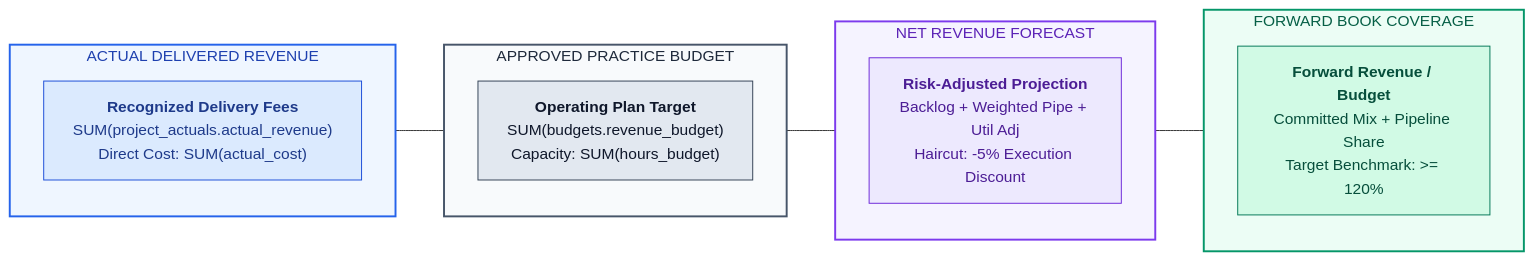
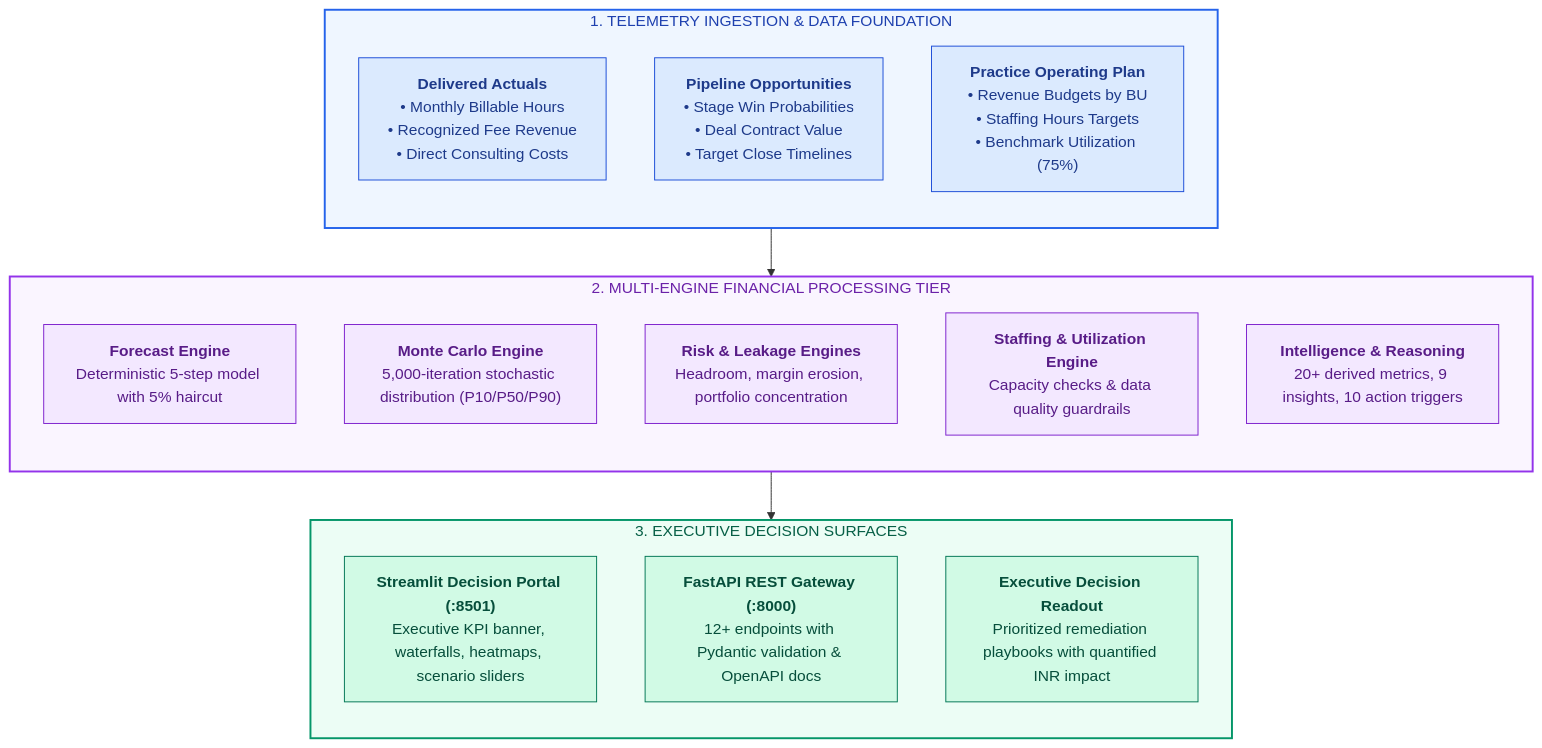
Before and after one commit to VED-VIVEK-TALMALEY/x-fin: the first of 9 diagrams in README.md, drawn with Mermaid. The commit also changed other lines of this file and 8 other files, not shown here.

````diff
--- a/README.md
+++ b/README.md
@@ -32,27 +19,45 @@
 ```mermaid
-flowchart LR
-    subgraph K1["ACTUAL DELIVERED REVENUE"]
-        M1["<b>Recognized Delivery Fees</b><br/>SUM(project_actuals.actual_revenue)<br/>Direct Cost: SUM(actual_cost)"]
-    end
-    subgraph K2["APPROVED PRACTICE BUDGET"]
-        M2["<b>Operating Plan Target</b><br/>SUM(budgets.revenue_budget)<br/>Capacity: SUM(hours_budget)"]
-    end
-    subgraph K3["NET REVENUE FORECAST"]
-        M3["<b>Risk-Adjusted Projection</b><br/>Backlog + Weighted Pipe + Util Adj<br/>Haircut: -5% Execution Discount"]
-    end
-    subgraph K4["FORWARD BOOK COVERAGE"]
-        M4["<b>Forward Revenue / Budget</b><br/>Committed Mix + Pipeline Share<br/>Target Benchmark: >= 120%"]
+flowchart TB
+    subgraph S_INGEST["1. TELEMETRY INGESTION & DATA FOUNDATION"]
+        direction TB
+        D_ACT["<b>Delivered Actuals</b><br/>• Monthly Billable Hours<br/>• Recognized Fee Revenue<br/>• Direct Consulting Costs"]
+        D_PIP["<b>Pipeline Opportunities</b><br/>• Stage Win Probabilities<br/>• Deal Contract Value<br/>• Target Close Timelines"]
+        D_BDG["<b>Practice Operating Plan</b><br/>• Revenue Budgets by BU<br/>• Staffing Hours Targets<br/>• Benchmark Utilization (75%)"]
     end
 
-    K1 --- K2 --- K3 --- K4
+    subgraph S_ENGINES["2. MULTI-ENGINE FINANCIAL PROCESSING TIER"]
+        direction TB
+        E_FC["<b>Forecast Engine</b><br/>Deterministic 5-step model with 5% haircut"]
+        E_MC["<b>Monte Carlo Engine</b><br/>5,000-iteration stochastic distribution (P10/P50/P90)"]
+        E_RSK["<b>Risk & Leakage Engines</b><br/>Headroom, margin erosion, portfolio concentration"]
+        E_STF["<b>Staffing & Utilization Engine</b><br/>Capacity checks & data quality guardrails"]
+        E_INT["<b>Intelligence & Reasoning</b><br/>20+ derived metrics, 9 insights, 10 action triggers"]
+    end
 
-    style K1 fill:#EFF6FF,stroke:#2563EB,stroke-width:2px,color:#1E40AF
-    style K2 fill:#F8FAFC,stroke:#475569,stroke-width:2px,color:#1E293B
-    style K3 fill:#F5F3FF,stroke:#7C3AED,stroke-width:2px,color:#5B21B6
-    style K4 fill:#ECFDF5,stroke:#059669,stroke-width:2px,color:#065F46
+    subgraph S_OUTPUT["3. EXECUTIVE DECISION SURFACES"]
+        direction TB
+        O_DASH["<b>Streamlit Decision Portal (:8501)</b><br/>Executive KPI banner, waterfalls, heatmaps, scenario sliders"]
+        O_API["<b>FastAPI REST Gateway (:8000)</b><br/>12+ endpoints with Pydantic validation & OpenAPI docs"]
+        O_BRIEF["<b>Executive Decision Readout</b><br/>Prioritized remediation playbooks with quantified INR impact"]
+    end
 
-    style M1 fill:#DBEAFE,stroke:#1D4ED8,stroke-width:1px,color:#1E3A8A
-    style M2 fill:#E2E8F0,stroke:#334155,stroke-width:1px,color:#0F172A
-    style M3 fill:#EDE9FE,stroke:#6D28D9,stroke-width:1px,color:#4C1D95
-    style M4 fill:#D1FAE5,stroke:#047857,stroke-width:1px,color:#064E3B
+    S_INGEST --> S_ENGINES --> S_OUTPUT
+
+    style S_INGEST fill:#EFF6FF,stroke:#2563EB,stroke-width:2px,color:#1E40AF
+    style S_ENGINES fill:#FAF5FF,stroke:#9333EA,stroke-width:2px,color:#6B21A8
+    style S_OUTPUT fill:#ECFDF5,stroke:#059669,stroke-width:2px,color:#065F46
+
+    style D_ACT fill:#DBEAFE,stroke:#1D4ED8,stroke-width:1px,color:#1E3A8A
+    style D_PIP fill:#DBEAFE,stroke:#1D4ED8,stroke-width:1px,color:#1E3A8A
+    style D_BDG fill:#DBEAFE,stroke:#1D4ED8,stroke-width:1px,color:#1E3A8A
+
+    style E_FC fill:#F3E8FF,stroke:#7E22CE,stroke-width:1px,color:#581C87
+    style E_MC fill:#F3E8FF,stroke:#7E22CE,stroke-width:1px,color:#581C87
+    style E_RSK fill:#F3E8FF,stroke:#7E22CE,stroke-width:1px,color:#581C87
+    style E_STF fill:#F3E8FF,stroke:#7E22CE,stroke-width:1px,color:#581C87
+    style E_INT fill:#F3E8FF,stroke:#7E22CE,stroke-width:1px,color:#581C87
+
+    style O_DASH fill:#D1FAE5,stroke:#047857,stroke-width:1px,color:#064E3B
+    style O_API fill:#D1FAE5,stroke:#047857,stroke-width:1px,color:#064E3B
+    style O_BRIEF fill:#D1FAE5,stroke:#047857,stroke-width:1px,color:#064E3B
 ```
````
